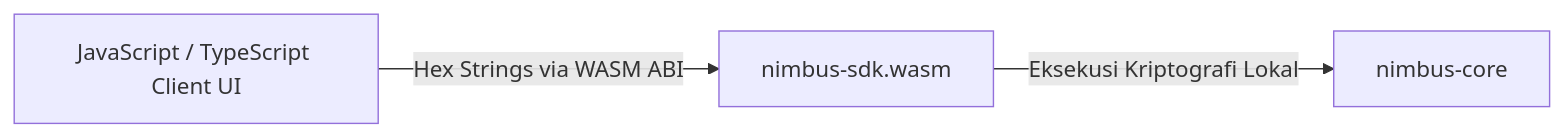
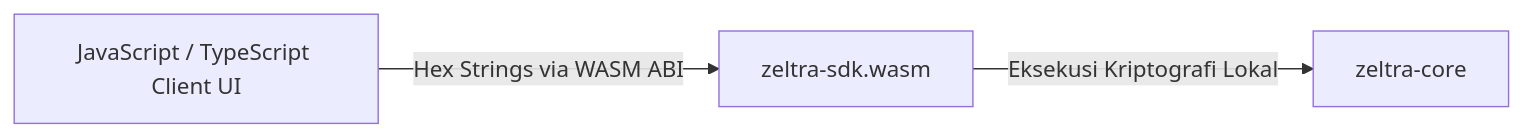
The diagram in docs/sdk/01-wasm-architecture.md (0xReLogic/Zeltra-Protocol), drawn with Mermaid before and after one commit. The commit also changed other lines of this file and 274 other files, not shown here.

Commit message:
chore(branding): rename nimbus to zeltra across codebase

````diff
--- a/docs/sdk/01-wasm-architecture.md
+++ b/docs/sdk/01-wasm-architecture.md
@@ -13,5 +13,5 @@
 ```mermaid
 graph LR
-    JS[JavaScript / TypeScript Client UI] -->|Hex Strings via WASM ABI| SDK[nimbus-sdk.wasm]
-    SDK -->|Eksekusi Kriptografi Lokal| Core[nimbus-core]
+    JS[JavaScript / TypeScript Client UI] -->|Hex Strings via WASM ABI| SDK[zeltra-sdk.wasm]
+    SDK -->|Eksekusi Kriptografi Lokal| Core[zeltra-core]
 ```
````
